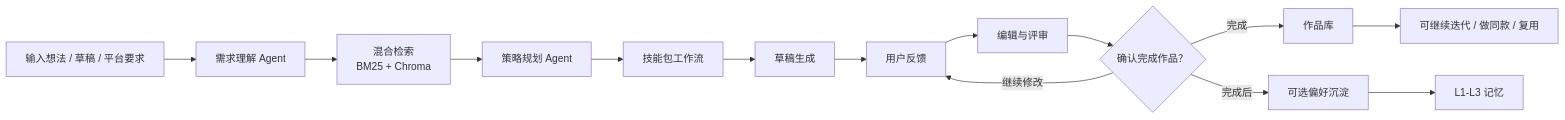
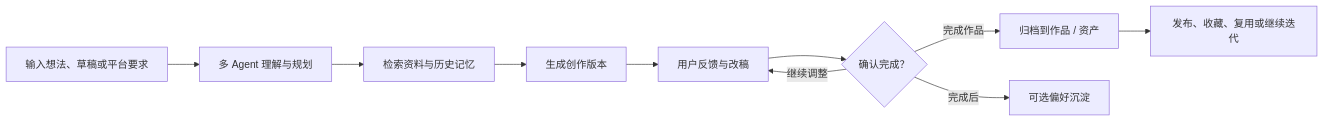
Before and after one commit to yukaich1/EcRoom: the first of 2 diagrams in README.md, drawn with Mermaid. The commit also changed other lines of this file and 15 other files, not shown here.

````diff
--- a/README.md
+++ b/README.md
@@ -22,16 +23,12 @@
 ```mermaid
 flowchart LR
-  A["输入想法 / 草稿 / 平台要求"] --> B["需求理解 Agent"]
-  B --> C["混合检索<br/>BM25 + Chroma"]
-  C --> D["策略规划 Agent"]
-  D --> E["技能包工作流"]
-  E --> F["草稿生成"]
-  F --> G["用户反馈"]
-  G --> H["编辑与评审"]
-  H --> I{"确认完成作品？"}
-  I -- "继续修改" --> G
-  I -- "完成" --> J["作品库"]
-  J --> K["可继续迭代 / 做同款 / 复用"]
-  I -- "完成后" --> L["可选偏好沉淀"]
-  L --> M["L1-L3 记忆"]
+  A["输入想法、草稿或平台要求"] --> B["多 Agent 理解与规划"]
+  B --> C["检索资料与历史记忆"]
+  C --> D["生成创作版本"]
+  D --> E["用户反馈与改稿"]
+  E --> F{"确认完成？"}
+  F -- "继续调整" --> E
+  F -- "完成作品" --> G["归档到作品 / 资产"]
+  G --> H["发布、收藏、复用或继续迭代"]
+  F -- "完成后" --> I["可选偏好沉淀"]
 ```
````
